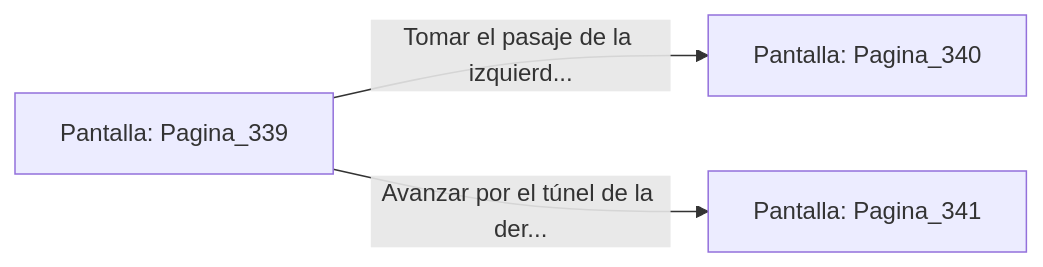
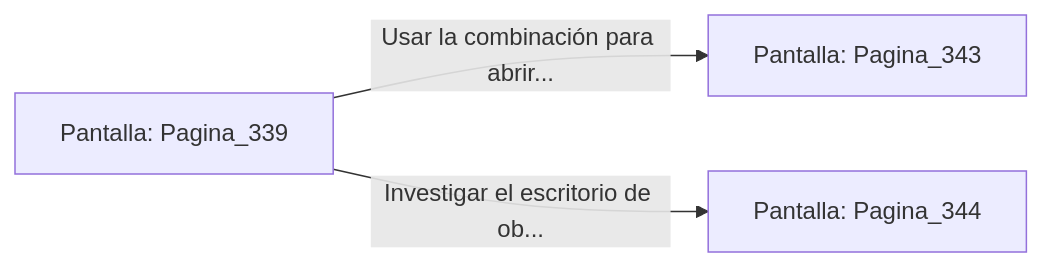
The diagram in sample/eligejuego-vault/Pantalla_Pagina_339.md (metsuke/mpl), drawn with Mermaid before and after one commit. The commit also changed other lines of this file and 635 other files, not shown here.

First line of the commit message:
fix: añadir Pagina_1 como pantalla inicial en capitulo_01.mpl

````diff
--- a/sample/eligejuego-vault/Pantalla_Pagina_339.md
+++ b/sample/eligejuego-vault/Pantalla_Pagina_339.md
@@ -20,6 +24,6 @@
 ```mermaid
 graph LR
     P_Pagina_339["Pantalla: Pagina_339"]
-    P_Pagina_339 -->|"Tomar el pasaje de la izquierd..."| P_Pagina_340["Pantalla: Pagina_340"]
-    P_Pagina_339 -->|"Avanzar por el túnel de la der..."| P_Pagina_341["Pantalla: Pagina_341"]
+    P_Pagina_339 -->|"Usar la combinación para abrir..."| P_Pagina_343["Pantalla: Pagina_343"]
+    P_Pagina_339 -->|"Investigar el escritorio de ob..."| P_Pagina_344["Pantalla: Pagina_344"]
 ```
````
